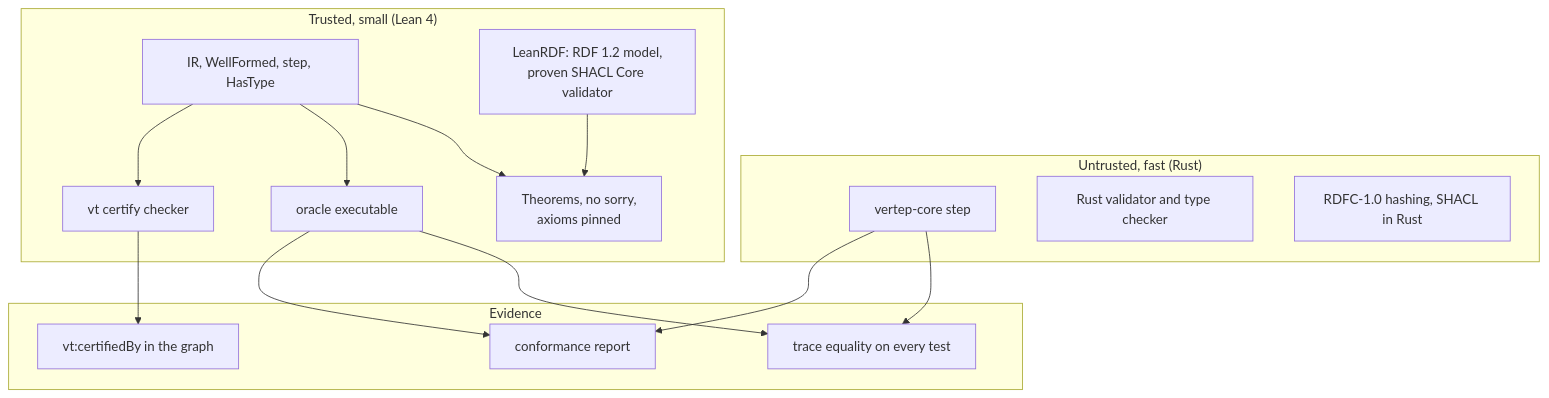
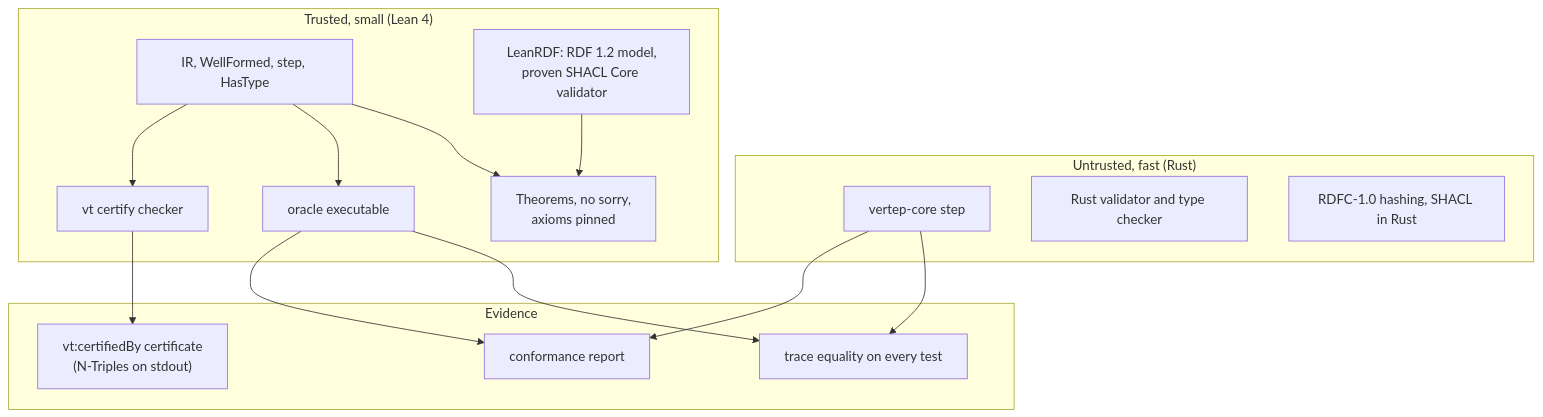
The first of 11 diagrams in tg.md/views/verification.md (Volland/vertep), drawn with Mermaid before and after one commit. The commit also changed other lines of this file and 9 other files, not shown here.

First line of the commit message:
Bring the architecture views in line with the code

````diff
--- a/tg.md/views/verification.md
+++ b/tg.md/views/verification.md
@@ -22,29 +22,29 @@
 ```mermaid
 flowchart TB
     subgraph untrusted["Untrusted, fast (Rust)"]
         RS["vertep-core step"]
         RV["Rust validator and type checker"]
         RH["RDFC-1.0 hashing, SHACL in Rust"]
     end
     subgraph trusted["Trusted, small (Lean 4)"]
         LM["IR, WellFormed, step, HasType"]
         TH["Theorems, no sorry,<br/>axioms pinned"]
         LR["LeanRDF: RDF 1.2 model,<br/>proven SHACL Core validator"]
         OR["oracle executable"]
         CE["vt certify checker"]
     end
     subgraph evidence["Evidence"]
         TR["trace equality on every test"]
         CR["conformance report"]
-        CT["vt:certifiedBy in the graph"]
+        CT["vt:certifiedBy certificate<br/>(N-Triples on stdout)"]
     end
     RS --> TR
     OR --> TR
     LM --> TH
     LR --> TH
     LM --> OR
     LM --> CE
     RS --> CR
     OR --> CR
     CE --> CT
 ```
````
